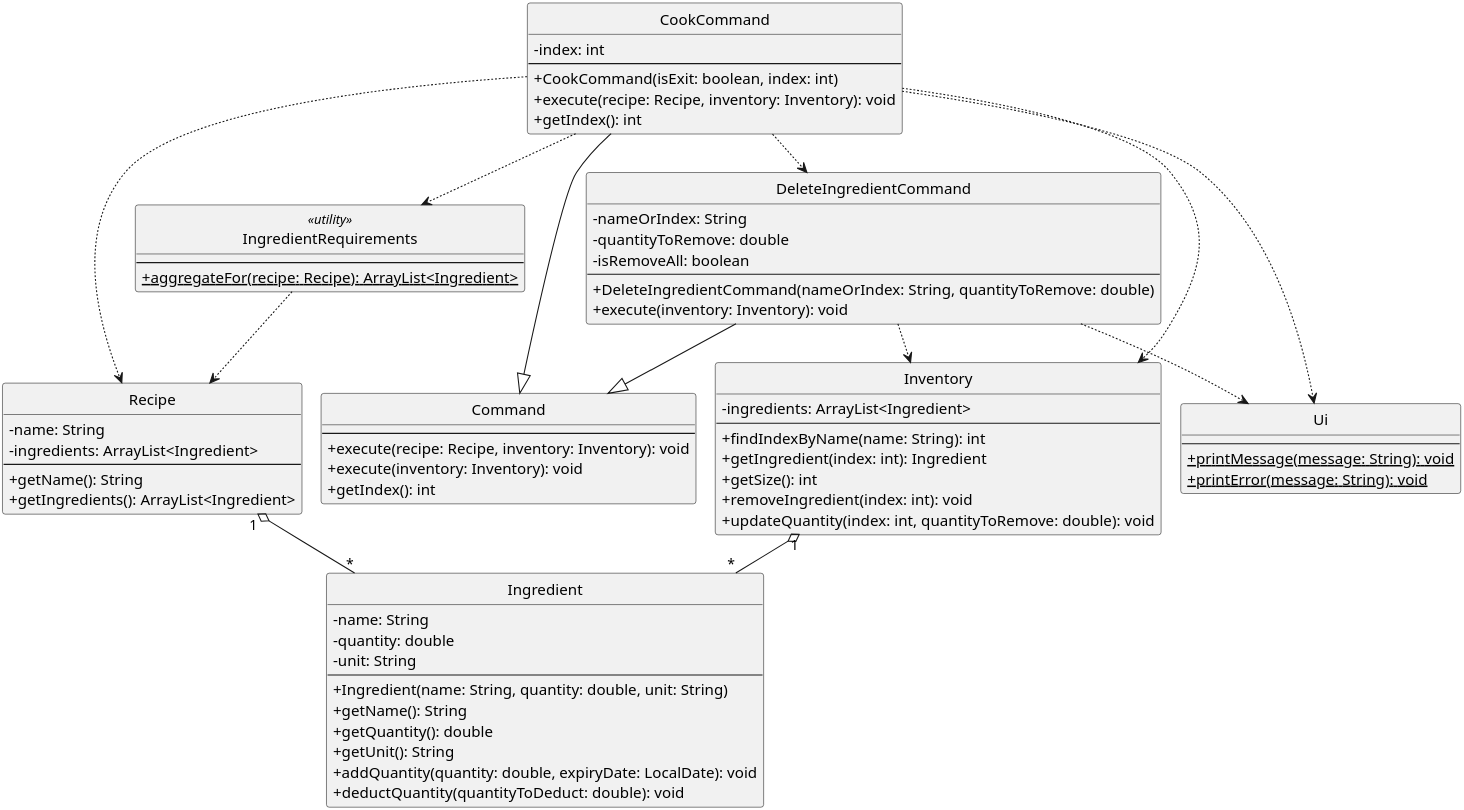
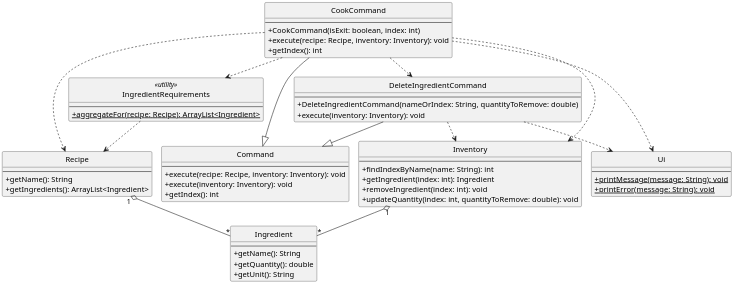
Before and after one commit to aidan17715/tp: the diagram in docs/team/cookCD.puml, drawn with PlantUML. The commit also changed 5 other files, not shown here.

Commit message:
Simplify class diagrams

```diff
--- a/docs/team/cookCD.puml
+++ b/docs/team/cookCD.puml
@@ -1,96 +1,82 @@
 @startuml
 !pragma layout smetana
-scale 4
+scale 2
 hide circle
 skinparam classAttributeIconSize 0
 
 class Command {
     --
     + execute(recipe: Recipe, inventory: Inventory): void
     + execute(inventory: Inventory): void
     + getIndex(): int
 }
 
 class CookCommand {
-    - index: int
     --
     + CookCommand(isExit: boolean, index: int)
     + execute(recipe: Recipe, inventory: Inventory): void
     + getIndex(): int
 }
 
 class DeleteIngredientCommand {
-    - nameOrIndex: String
-    - quantityToRemove: double
-    - isRemoveAll: boolean
     --
     + DeleteIngredientCommand(nameOrIndex: String, quantityToRemove: double)
     + execute(inventory: Inventory): void
 }
 
 class IngredientRequirements <<utility>> {
     --
     {static} + aggregateFor(recipe: Recipe): ArrayList<Ingredient>
 }
 
 class Recipe {
-    - name: String
-    - ingredients: ArrayList<Ingredient>
     --
     + getName(): String
     + getIngredients(): ArrayList<Ingredient>
 }
 
 class Inventory {
-    - ingredients: ArrayList<Ingredient>
     --
     + findIndexByName(name: String): int
     + getIngredient(index: int): Ingredient
-    + getSize(): int
     + removeIngredient(index: int): void
     + updateQuantity(index: int, quantityToRemove: double): void
 }
 
 class Ingredient {
-    - name: String
-    - quantity: double
-    - unit: String
     --
-    + Ingredient(name: String, quantity: double, unit: String)
     + getName(): String
     + getQuantity(): double
     + getUnit(): String
-    + addQuantity(quantity: double, expiryDate: LocalDate): void
-    + deductQuantity(quantityToDeduct: double): void
 }
 
 class Ui {
     --
     {static} + printMessage(message: String): void
     {static} + printError(message: String): void
 }
 
 together {
     class CookCommand
     class DeleteIngredientCommand
 }
 
 ' Inheritance
 CookCommand --|> Command
 DeleteIngredientCommand --|> Command
 
 ' Cook flow dependencies
 CookCommand ..> Recipe
 CookCommand ..> Inventory
 CookCommand ..> IngredientRequirements
 CookCommand ..> DeleteIngredientCommand
 CookCommand ..> Ui
 DeleteIngredientCommand ..> Inventory
 DeleteIngredientCommand ..> Ui
 IngredientRequirements ..> Recipe
 
 ' Data relationships required by cooking
 Recipe "1" o-- "*" Ingredient
 Inventory "1" o-- "*" Ingredient
 
 @enduml
```
